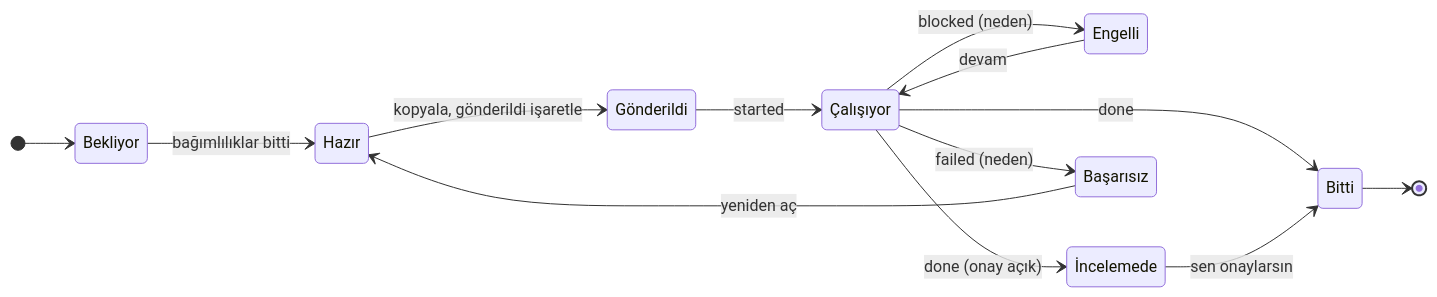
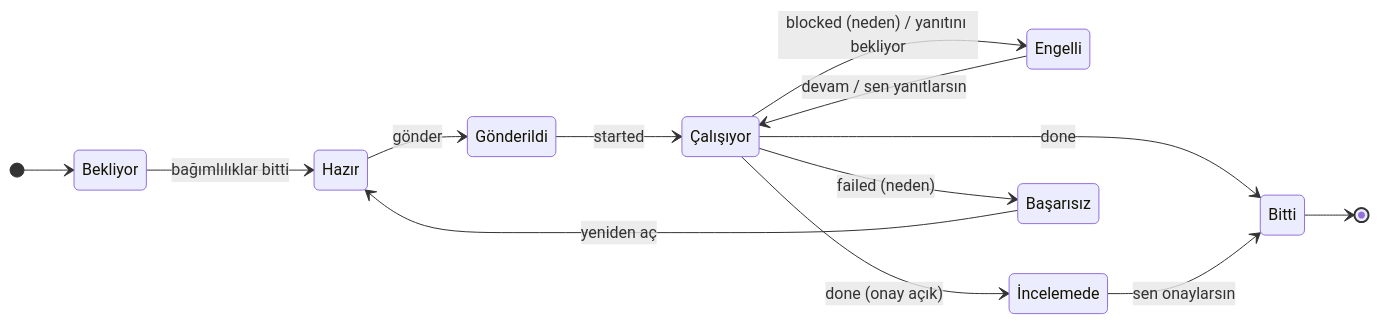
The third of 3 diagrams in README.tr.md (mitradeniz/ai-tracking-system), drawn with Mermaid before and after one commit. The commit also changed other lines of this file and 36 other files, not shown here.

````diff
--- a/README.tr.md
+++ b/README.tr.md
@@ -207,24 +235,24 @@
 ```mermaid
 stateDiagram-v2
     direction LR
     state "Bekliyor" as Bekliyor
     state "Hazır" as Hazir
     state "Gönderildi" as Gonderildi
     state "Çalışıyor" as Calisiyor
     state "Engelli" as Engelli
     state "İncelemede" as Incelemede
     state "Bitti" as Bitti
     state "Başarısız" as Basarisiz
     [*] --> Bekliyor
     Bekliyor --> Hazir: bağımlılıklar bitti
-    Hazir --> Gonderildi: kopyala, gönderildi işaretle
+    Hazir --> Gonderildi: gönder
     Gonderildi --> Calisiyor: started
-    Calisiyor --> Engelli: blocked (neden)
-    Engelli --> Calisiyor: devam
+    Calisiyor --> Engelli: blocked (neden) / yanıtını bekliyor
+    Engelli --> Calisiyor: devam / sen yanıtlarsın
     Calisiyor --> Incelemede: done (onay açık)
     Calisiyor --> Bitti: done
     Incelemede --> Bitti: sen onaylarsın
     Calisiyor --> Basarisiz: failed (neden)
     Basarisiz --> Hazir: yeniden aç
     Bitti --> [*]
 ```
````
